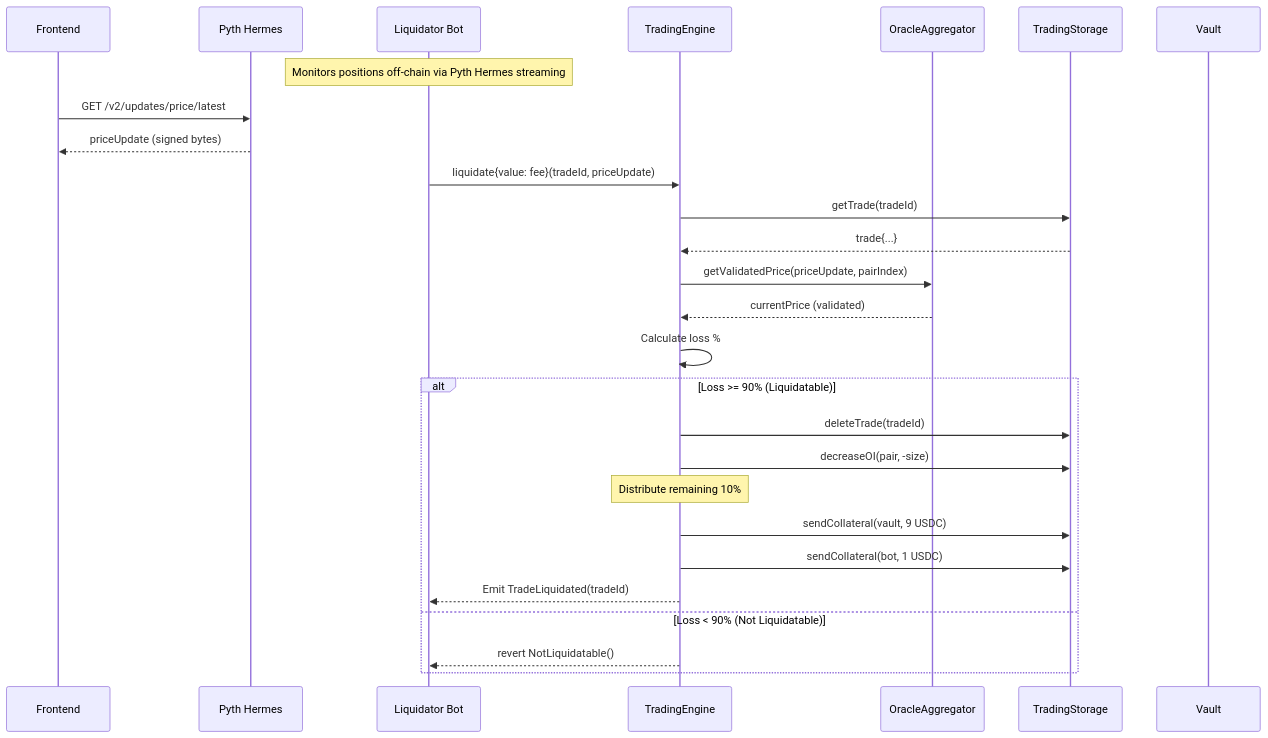
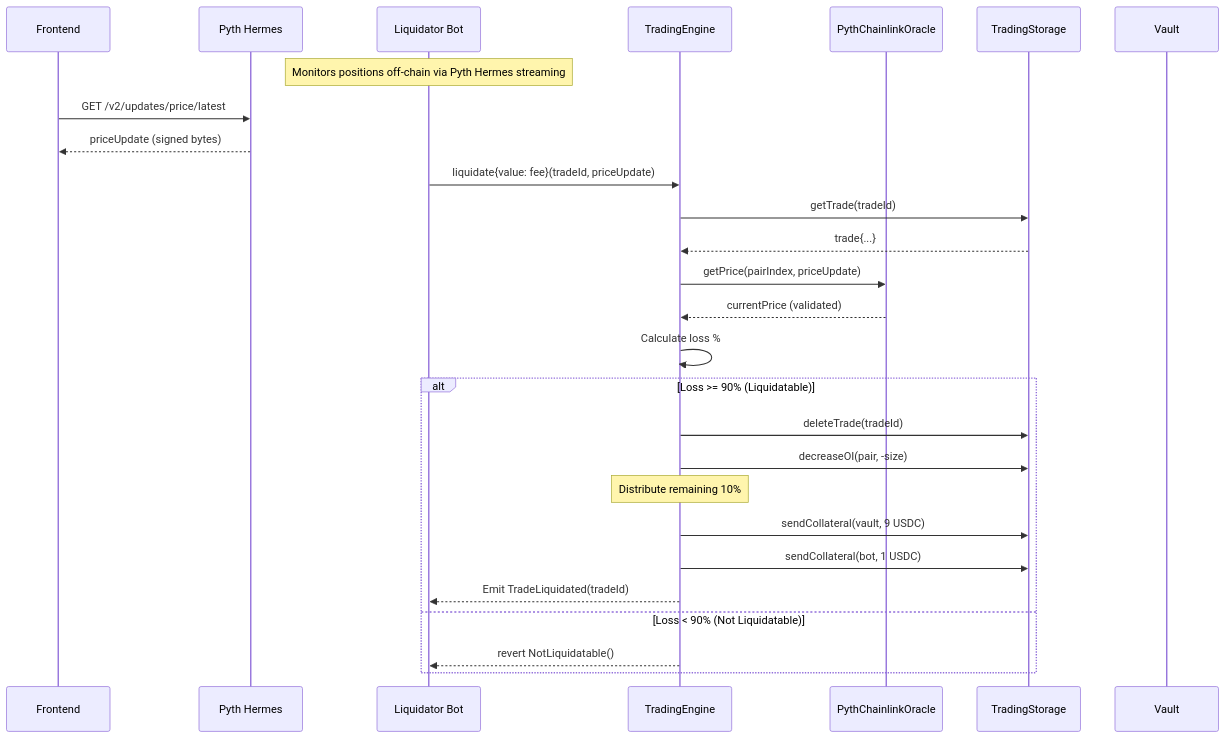
The fifth of 5 diagrams in docs/03-architecture.md (GushALKDev/evm-synthetic-trading-protocol), drawn with Mermaid before and after one commit. The commit also changed other lines of this file and 17 other files, not shown here.

````diff
--- a/docs/03-architecture.md
+++ b/docs/03-architecture.md
@@ -478,37 +485,37 @@
 ```mermaid
 sequenceDiagram
     participant Frontend
     participant Hermes as Pyth Hermes
     participant Bot as Liquidator Bot
     participant Trading as TradingEngine
-    participant Oracle as OracleAggregator
+    participant Oracle as PythChainlinkOracle
     participant Storage as TradingStorage
     participant Vault
 
     Note over Bot: Monitors positions off-chain via Pyth Hermes streaming
     Frontend->>Hermes: GET /v2/updates/price/latest
     Hermes-->>Frontend: priceUpdate (signed bytes)
 
     Bot->>Trading: liquidate{value: fee}(tradeId, priceUpdate)
 
     Trading->>Storage: getTrade(tradeId)
     Storage-->>Trading: trade{...}
 
-    Trading->>Oracle: getValidatedPrice(priceUpdate, pairIndex)
+    Trading->>Oracle: getPrice(pairIndex, priceUpdate)
     Oracle-->>Trading: currentPrice (validated)
 
     Trading->>Trading: Calculate loss %
 
     alt Loss >= 90% (Liquidatable)
         Trading->>Storage: deleteTrade(tradeId)
         Trading->>Storage: decreaseOI(pair, -size)
 
         Note over Trading: Distribute remaining 10%
         Trading->>Storage: sendCollateral(vault, 9 USDC)
         Trading->>Storage: sendCollateral(bot, 1 USDC)
 
         Trading-->>Bot: Emit TradeLiquidated(tradeId)
     else Loss < 90% (Not Liquidatable)
         Trading-->>Bot: revert NotLiquidatable()
     end
 ```
````
